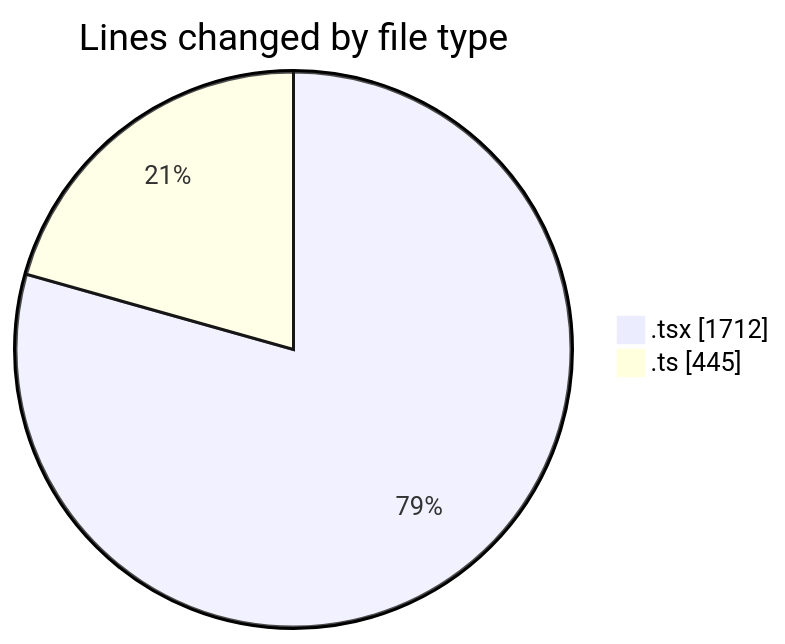
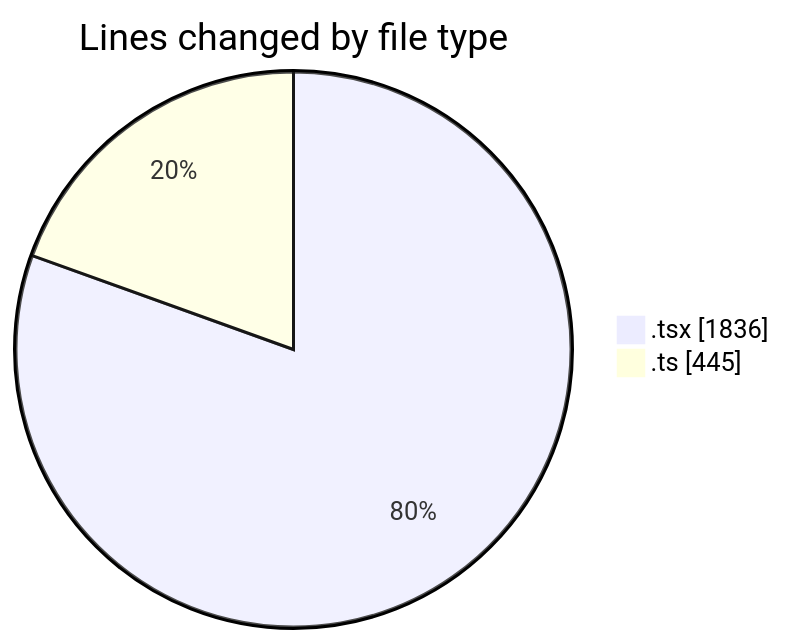
Before and after one commit to robertbonfada/code-tracking: the first of 2 diagrams in 2025-01-30/mbc-web/README.md, drawn with Mermaid. The commit also changed other lines of this file and 1 other file, not shown here.

````diff
--- a/2025-01-30/mbc-web/README.md
+++ b/2025-01-30/mbc-web/README.md
@@ -30,6 +30,6 @@
 ```mermaid
 pie showData
 title Lines changed by file type
-".tsx" : 1712
+".tsx" : 1836
 ".ts" : 445
 ```
````
